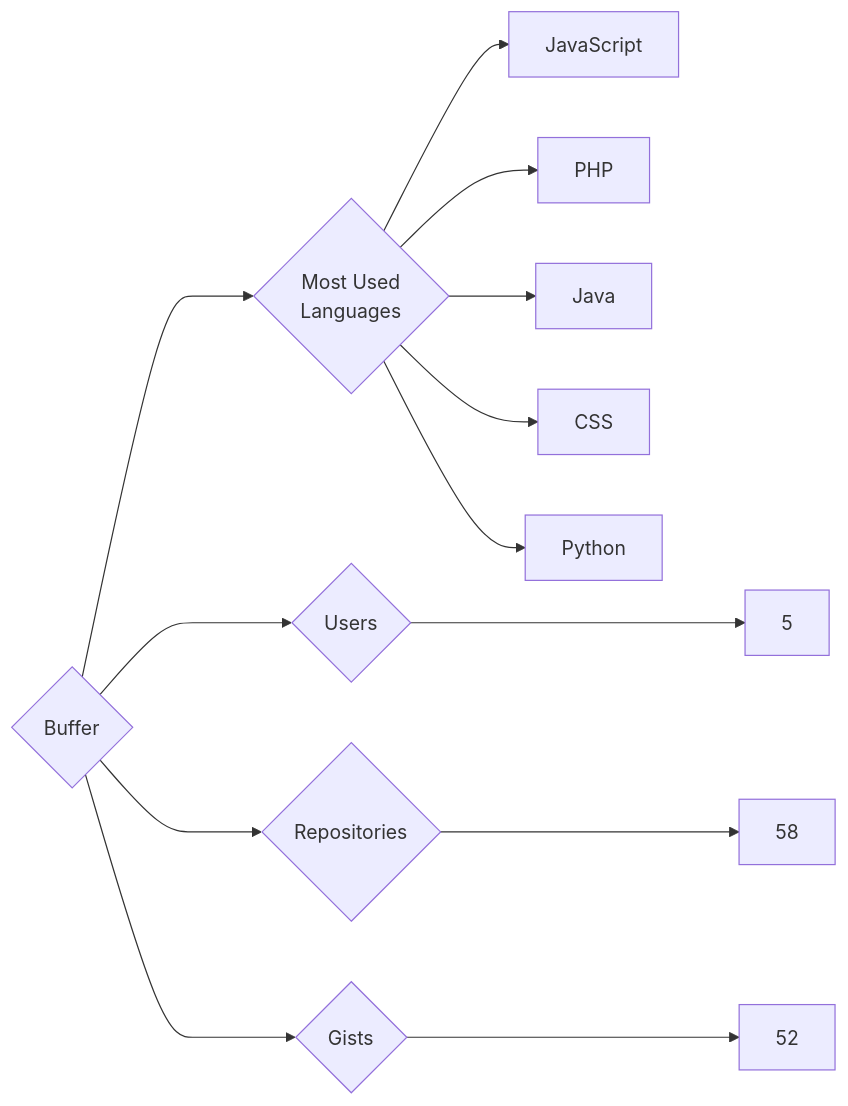
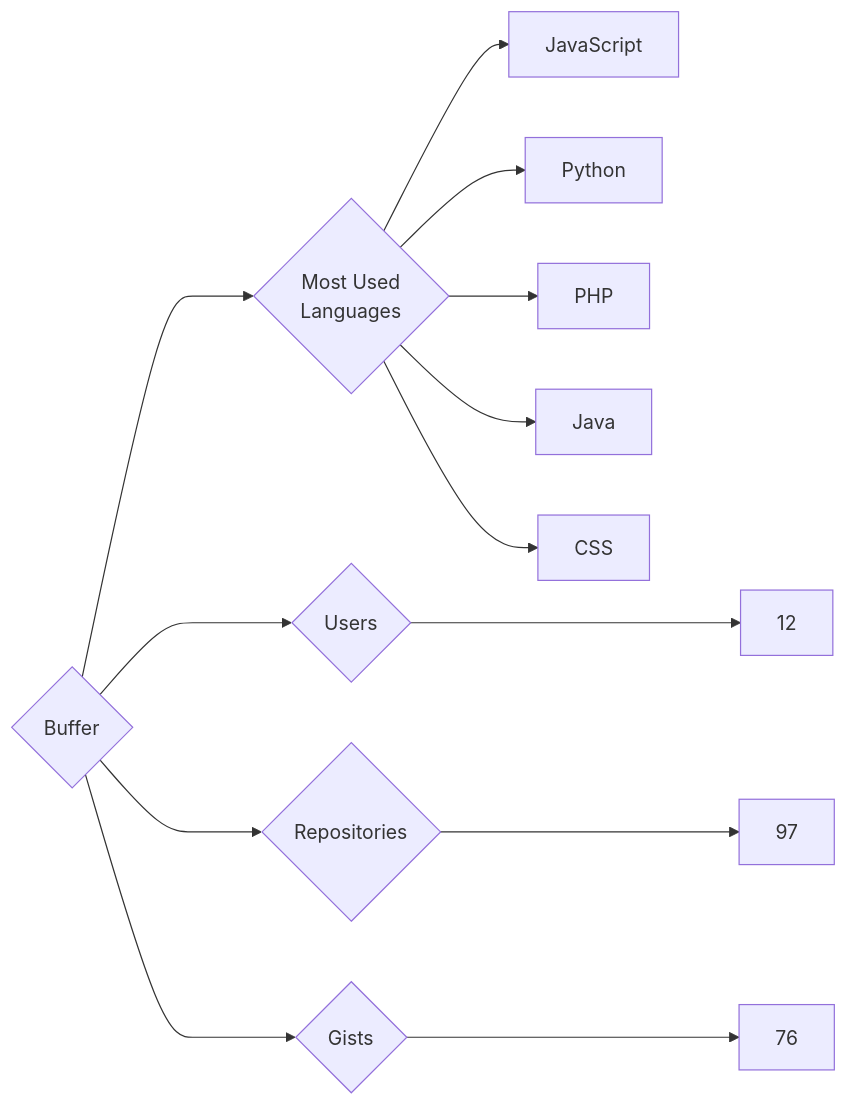
The diagram in targets/Buffer/README.md (trickest/insiders), drawn with Mermaid before and after one commit. The commit also changed 1167 other files, not shown here.

````diff
--- a/targets/Buffer/README.md
+++ b/targets/Buffer/README.md
@@ -3,13 +3,13 @@
 ```mermaid
 graph LR
 COMPANY_NAME{Buffer}
-COMPANY_NAME ---> U{Users} ---> UN[5]
-COMPANY_NAME ---> R{Repositories} ---> RN[58]
-COMPANY_NAME ---> G{Gists} ---> GN[52]
+COMPANY_NAME ---> U{Users} ---> UN[12]
+COMPANY_NAME ---> R{Repositories} ---> RN[97]
+COMPANY_NAME ---> G{Gists} ---> GN[76]
 COMPANY_NAME ---> ML{Most Used<br>Languages}
 ML --> JavaScript[JavaScript]
+ML --> Python[Python]
 ML --> PHP[PHP]
 ML --> Java[Java]
 ML --> CSS[CSS]
-ML --> Python[Python]
 ```
````
